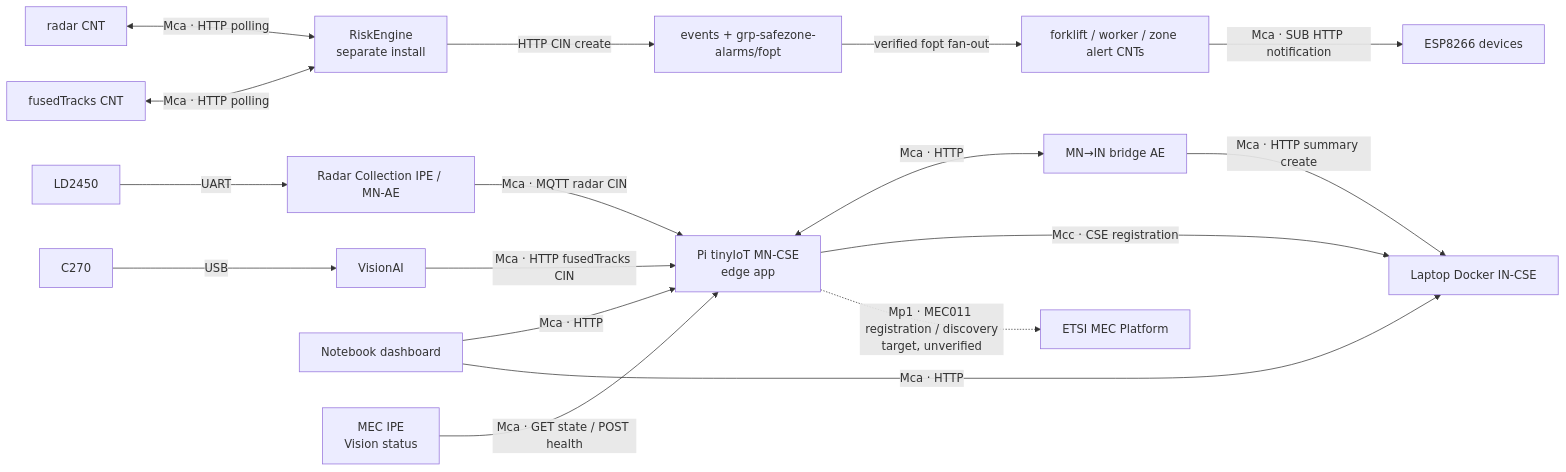
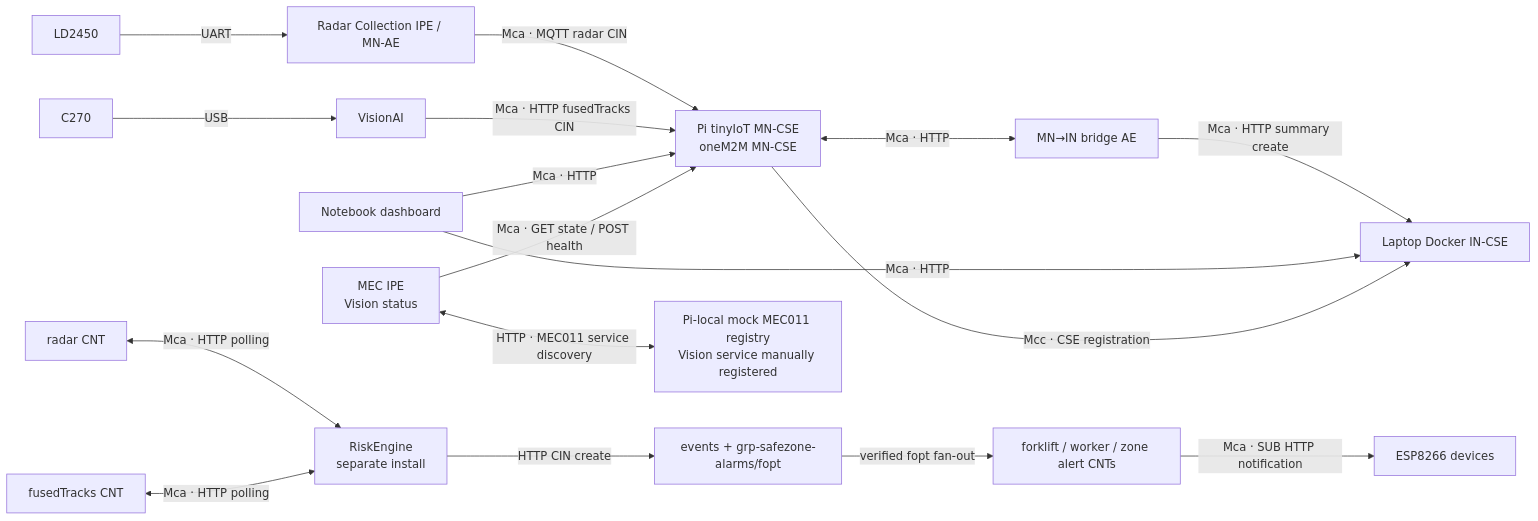
The diagram in README.md (extra-7ex/Sejong_4IoT_OneM2M), drawn with Mermaid before and after one commit. The commit also changed other lines of this file and 6 other files, not shown here.

Commit message:
docs: sync MEC011 discovery and Pi status

````diff
--- a/README.md
+++ b/README.md
@@ -33,19 +35,19 @@
 ```mermaid
 flowchart LR
   LD["LD2450"] -->|"UART"| RIPE["Radar Collection IPE / MN-AE"]
-  RIPE -->|"Mca · MQTT radar CIN"| MN["Pi tinyIoT MN-CSE<br/>edge app"]
+  RIPE -->|"Mca · MQTT radar CIN"| MN["Pi tinyIoT MN-CSE<br/>oneM2M MN-CSE"]
   CAM["C270"] -->|"USB"| VIS["VisionAI"]
   VIS -->|"Mca · HTTP fusedTracks CIN"| MN
   RAD["radar CNT"] <-->|"Mca · HTTP polling"| RE["RiskEngine<br/>separate install"]
   FUSED["fusedTracks CNT"] <-->|"Mca · HTTP polling"| RE
   RE -->|"HTTP CIN create"| OUT["events + grp-safezone-alarms/fopt"]
   OUT -->|"verified fopt fan-out"| ALERTS["forklift / worker / zone alert CNTs"]
   ALERTS -->|"Mca · SUB HTTP notification"| ESP["ESP8266 devices"]
   MN <-->|"Mca · HTTP"| BR["MN→IN bridge AE"]
   BR -->|"Mca · HTTP summary create"| IN["Laptop Docker IN-CSE"]
   DASH["Notebook dashboard"] -->|"Mca · HTTP"| MN
   DASH -->|"Mca · HTTP"| IN
   IPE["MEC IPE<br/>Vision status"] -->|"Mca · GET state / POST health"| MN
   MN -->|"Mcc · CSE registration"| IN
-  MN -.->|"Mp1 · MEC011 registration / discovery<br/>target, unverified"| MEC["ETSI MEC Platform"]
+  IPE <-->|"HTTP · MEC011 service discovery"| MECREG["Pi-local mock MEC011 registry<br/>Vision service manually registered"]
 ```
````
